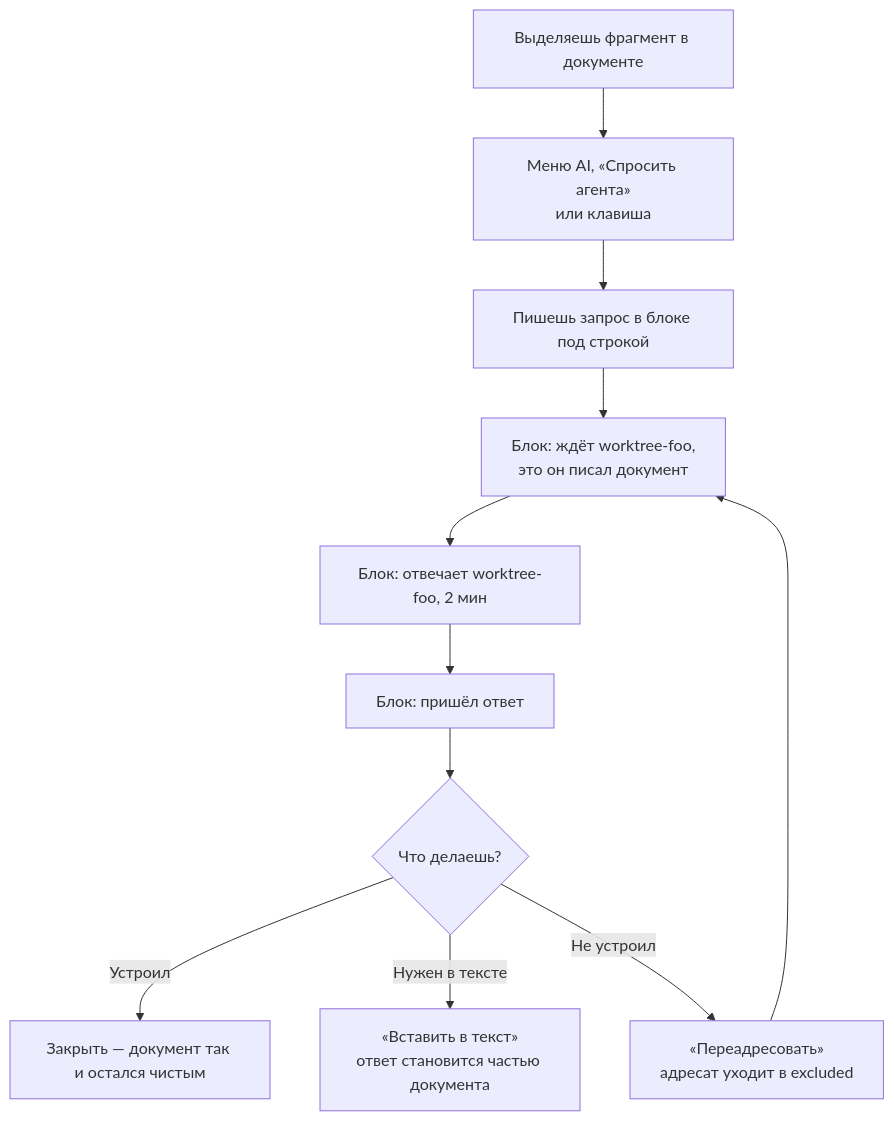
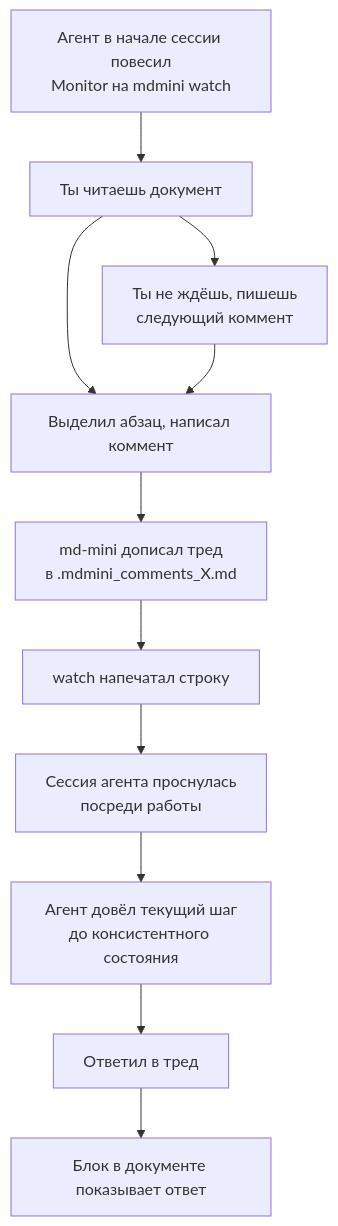
The first of 14 diagrams in docs/superpowers/specs/2026-08-23-document-requests-design.md (malinborn/mdmini), drawn with Mermaid before and after one commit. The commit also changed other lines of this file, not shown here.

First line of the commit message:
docs: rewrite the spec around Monitor push and a comment file beside the document

````diff
--- a/docs/superpowers/specs/2026-08-23-document-requests-design.md
+++ b/docs/superpowers/specs/2026-08-23-document-requests-design.md
@@ -95,13 +156,13 @@
 ```mermaid
 flowchart TD
-    A["Выделяешь фрагмент в документе"] --> B["Меню AI, «Спросить агента»<br/>или клавиша"]
-    B --> C["Пишешь запрос в блоке под строкой"]
-    C --> D["Блок: ждёт worktree-foo,<br/>это он писал документ"]
-    D --> E["Блок: отвечает worktree-foo, 2 мин"]
-    E --> F["Блок: пришёл ответ"]
-    F --> G{"Что делаешь?"}
-    G -->|"Устроил"| H["Закрыть — документ так и остался чистым"]
-    G -->|"Нужен в тексте"| I["«Вставить в текст»<br/>ответ становится частью документа"]
-    G -->|"Не устроил"| J["«Переадресовать»<br/>адресат уходит в excluded"]
-    J --> D
+    A["Агент в начале сессии повесил<br/>Monitor на mdmini watch"] --> B["Ты читаешь документ"]
+    B --> C["Выделил абзац, написал коммент"]
+    C --> D["md-mini дописал тред<br/>в .mdmini_comments_X.md"]
+    D --> E["watch напечатал строку"]
+    E --> F["Сессия агента проснулась<br/>посреди работы"]
+    F --> G["Агент довёл текущий шаг<br/>до консистентного состояния"]
+    G --> H["Ответил в тред"]
+    H --> I["Блок в документе показывает ответ"]
+    B --> J["Ты не ждёшь, пишешь<br/>следующий коммент"]
+    J --> C
 ```
````
